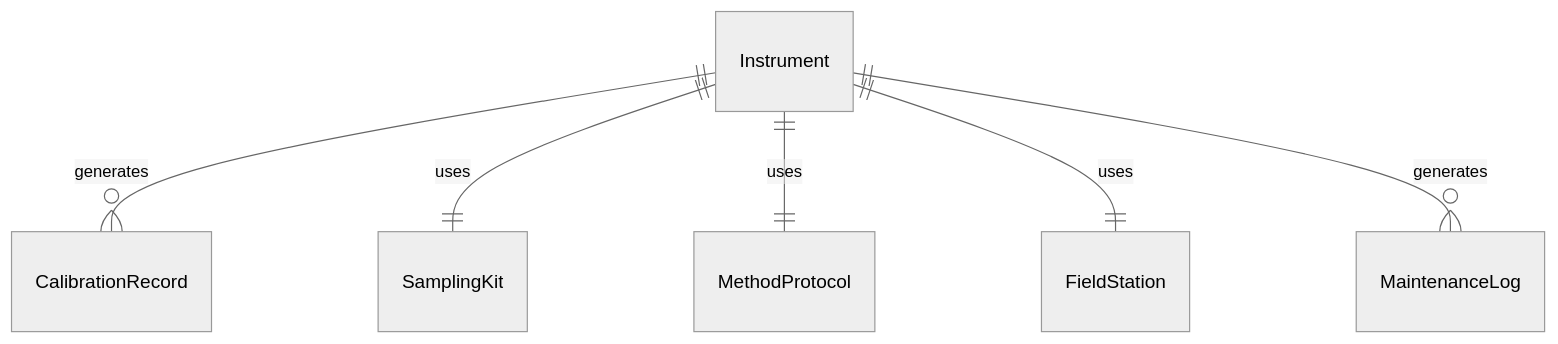
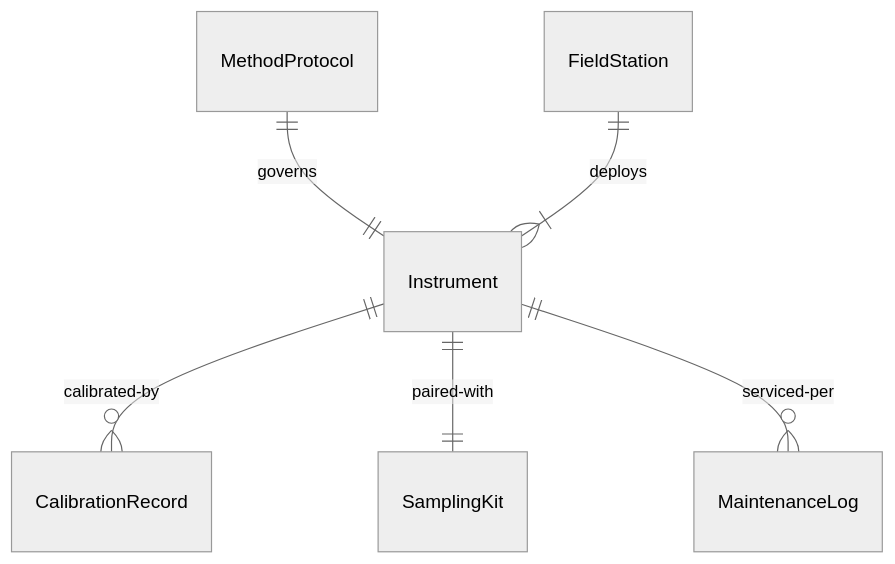
Before and after one commit to dot-org-ai/tasks.org.ai: the first of 4 diagrams in HandlingAndMovingObjects/SetUpEquipment/SetUpLaboratoryFieldEquipment.mdx, drawn with Mermaid (neutral theme). The commit also changed other lines of this file and 515 other files, not shown here.

````diff
--- a/HandlingAndMovingObjects/SetUpEquipment/SetUpLaboratoryFieldEquipment.mdx
+++ b/HandlingAndMovingObjects/SetUpEquipment/SetUpLaboratoryFieldEquipment.mdx
@@ -87,8 +87,8 @@
 ```mermaid
 erDiagram
-    Instrument ||--o{ CalibrationRecord : "generates"
-    Instrument ||--|| SamplingKit : "uses"
-    Instrument ||--|| MethodProtocol : "uses"
-    Instrument ||--|| FieldStation : "uses"
-    Instrument ||--o{ MaintenanceLog : "generates"
+    Instrument ||--o{ CalibrationRecord : "calibrated-by"
+    Instrument ||--|| SamplingKit : "paired-with"
+    MethodProtocol ||--|| Instrument : "governs"
+    FieldStation ||--|{ Instrument : "deploys"
+    Instrument ||--o{ MaintenanceLog : "serviced-per"
 ```
````
